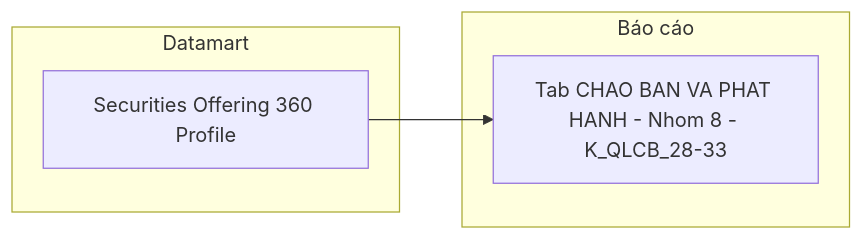
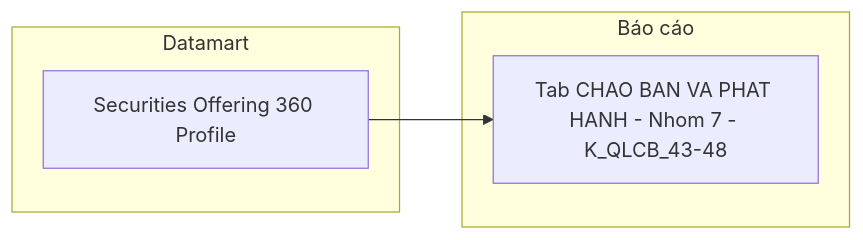
Diagram 18 of 22 in Datamart/hld/DTM_QLCB_HLD.md (linhlvit/ubck_atomic_design), drawn with Mermaid before and after one commit. The commit also changed other lines of this file and 17 other files, not shown here.

````diff
--- a/Datamart/hld/DTM_QLCB_HLD.md
+++ b/Datamart/hld/DTM_QLCB_HLD.md
@@ -835,10 +895,10 @@
 ```mermaid
 flowchart LR
     subgraph Datamart["Datamart"]
         G1["Securities Offering 360 Profile"]
     end
     subgraph RPT["Báo cáo"]
-        R8["Tab CHAO BAN VA PHAT HANH - Nhom 8 - K_QLCB_28-33"]
+        R7["Tab CHAO BAN VA PHAT HANH - Nhom 7 - K_QLCB_43-48"]
     end
-    G1 --> R8
+    G1 --> R7
 ```
````
